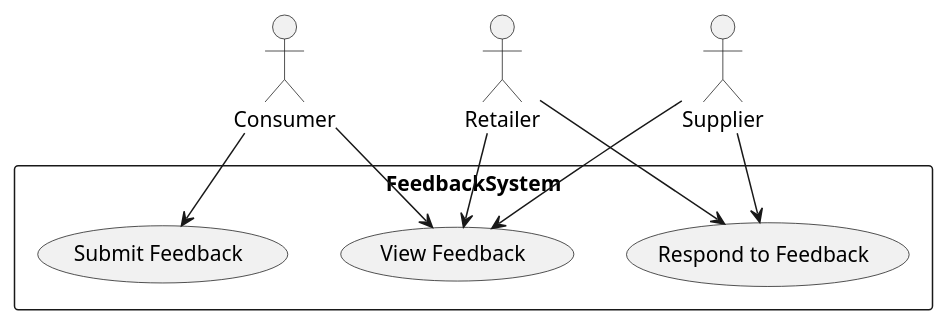
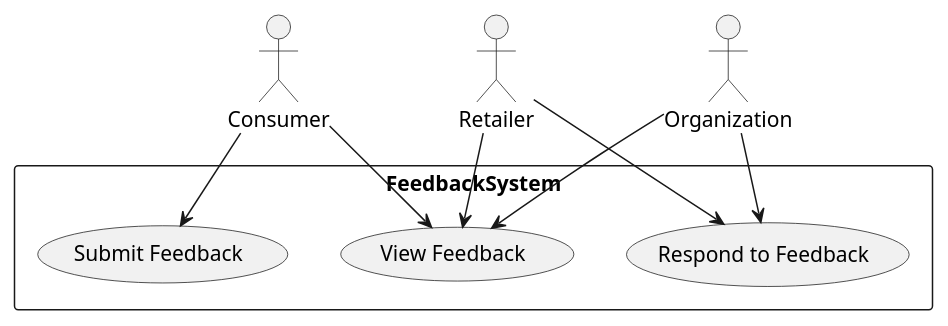
One commit to RyanRen2023/fwrp changed the diagram in docs/diagrams/feedback/feebback_usecase.puml. Above: the diagram before and after it, drawn with PlantUML. The commit also changed 35 other files, not shown here.

```diff
--- a/docs/diagrams/feedback/feebback_usecase.puml
+++ b/docs/diagrams/feedback/feebback_usecase.puml
@@ -1,23 +1,23 @@
 @startuml
 
 actor Retailer as R
 actor Consumer as C
-actor Supplier as S
+actor Organization as S
 
 rectangle FeedbackSystem {
     usecase "Submit Feedback" as UC1
     usecase "View Feedback" as UC2
     usecase "Respond to Feedback" as UC3
 }
 
 R --> UC2
 R --> UC3
 
 
 C --> UC1
 C --> UC2
 
 S --> UC2
 S --> UC3
 
 @enduml
```
